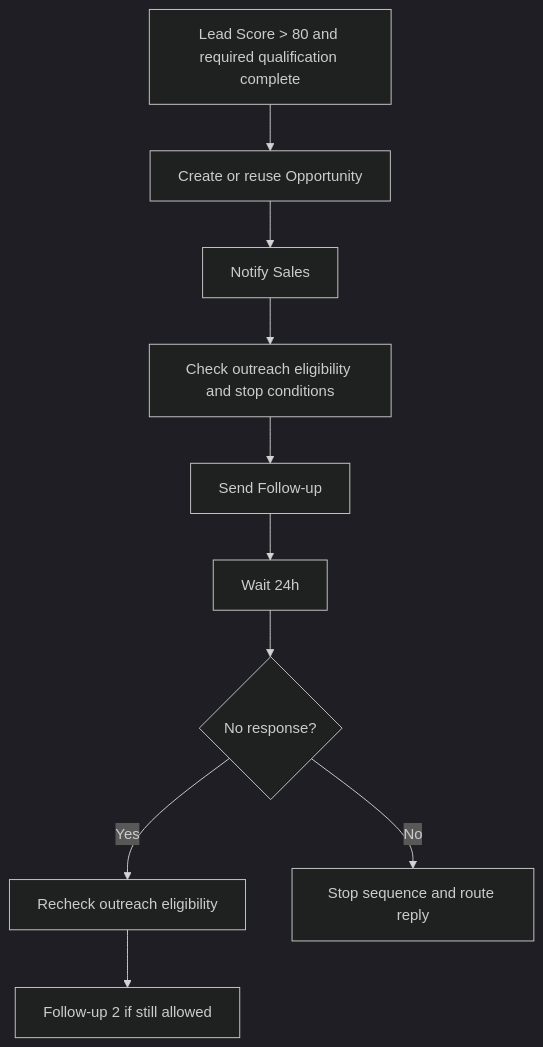
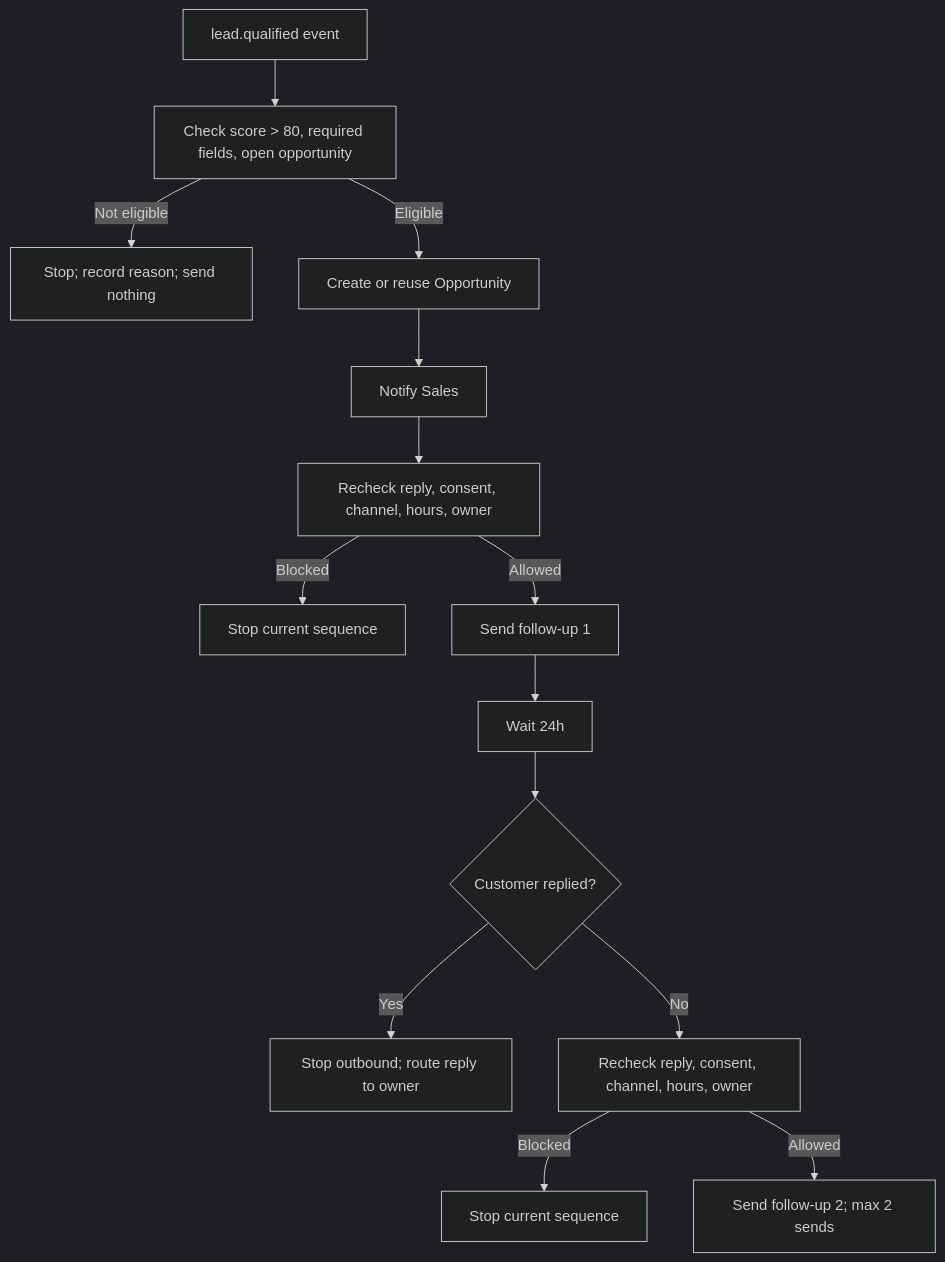
The diagram in plans/platform/workflows-and-handoffs.md (phongka79d/agent_solution), drawn with Mermaid (dark theme) before and after one commit. The commit also changed other lines of this file and 15 other files, not shown here.

First line of the commit message:
Enhance documentation across multiple modules with detailed sales flow, glossary, and API integration updates

````diff
--- a/plans/platform/workflows-and-handoffs.md
+++ b/plans/platform/workflows-and-handoffs.md
@@ -16,12 +18,16 @@
 ```mermaid
 flowchart TD
-    Score["Lead Score > 80 and required qualification complete"] --> Opportunity["Create or reuse Opportunity"]
+    Event["lead.qualified event"] --> Check["Check score > 80, required fields, open opportunity"]
+    Check -->|Not eligible| Stop["Stop; record reason; send nothing"]
+    Check -->|Eligible| Opportunity["Create or reuse Opportunity"]
     Opportunity --> Notify["Notify Sales"]
-    Notify --> Check["Check outreach eligibility and stop conditions"]
-    Check --> Send["Send Follow-up"]
+    Notify --> Gate["Recheck reply, consent, channel, hours, owner"]
+    Gate -->|Blocked| Stop2["Stop current sequence"]
+    Gate -->|Allowed| Send["Send follow-up 1"]
     Send --> Wait["Wait 24h"]
-    Wait --> Response{"No response?"}
-    Response -->|Yes| Recheck["Recheck outreach eligibility"]
-    Recheck --> Second["Follow-up 2 if still allowed"]
-    Response -->|No| Resume["Stop sequence and route reply"]
+    Wait --> Response{"Customer replied?"}
+    Response -->|Yes| Reply["Stop outbound; route reply to owner"]
+    Response -->|No| Recheck["Recheck reply, consent, channel, hours, owner"]
+    Recheck -->|Blocked| Stop3["Stop current sequence"]
+    Recheck -->|Allowed| Second["Send follow-up 2; max 2 sends"]
 ```
````
